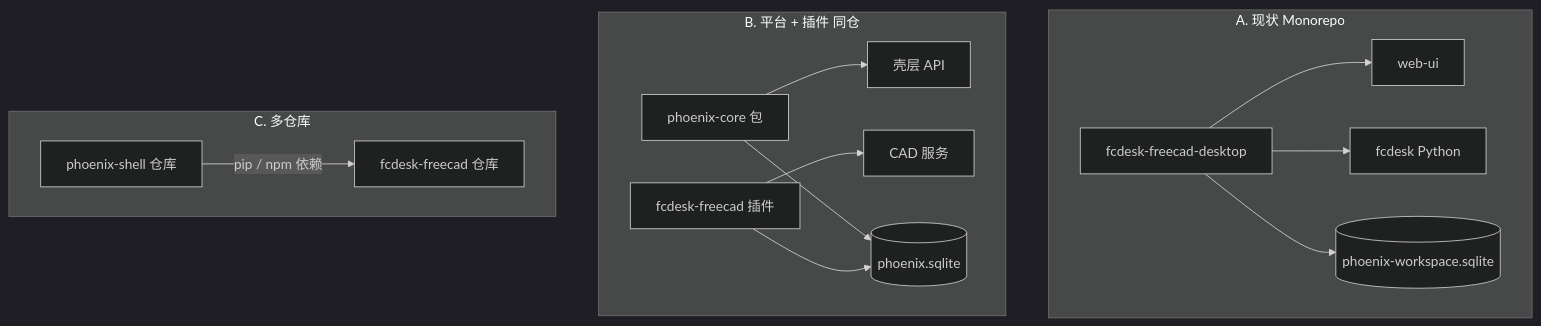
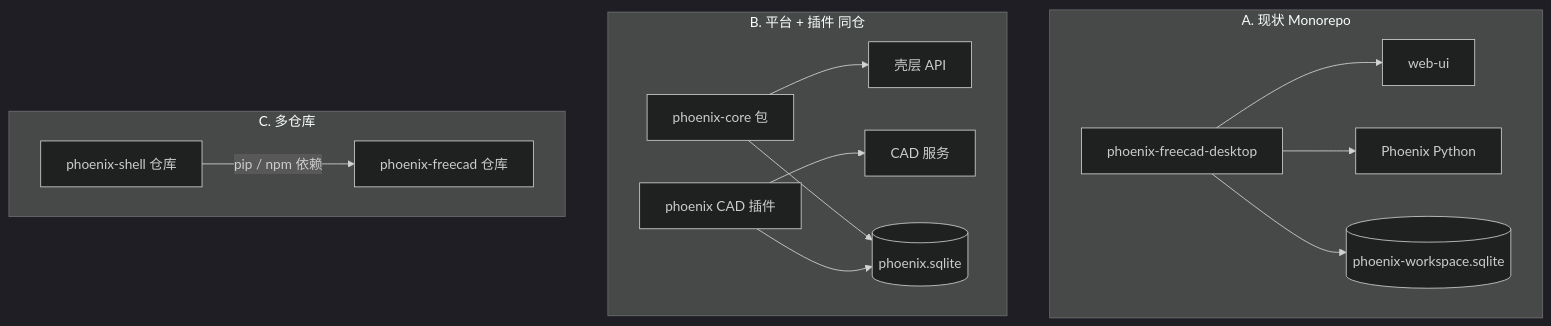
The first of 2 diagrams in doc/Phoenix平台-多应用壳层-规划讨论.md (phoenixwing-org/phoenix-desk-tools), drawn with Mermaid (dark theme) before and after one commit. The commit also changed other lines of this file and 281 other files, not shown here.

````diff
--- a/doc/Phoenix平台-多应用壳层-规划讨论.md
+++ b/doc/Phoenix平台-多应用壳层-规划讨论.md
@@ -28,24 +28,24 @@
 ```mermaid
 flowchart TB
   subgraph A [A. 现状 Monorepo]
-    FCD[fcdesk-freecad-desktop]
+    FCD[phoenix-freecad-desktop]
     FCD --> WEB[web-ui]
-    FCD --> PY[fcdesk Python]
+    FCD --> PY[Phoenix Python]
     FCD --> DB[(phoenix-workspace.sqlite)]
   end
 
   subgraph B [B. 平台 + 插件 同仓]
     CORE[phoenix-core 包]
-    PLG[fcdesk-freecad 插件]
+    PLG[phoenix CAD 插件]
     CORE --> SHELL[壳层 API]
     PLG --> CAD[CAD 服务]
     CORE --> DB2[(phoenix.sqlite)]
     PLG --> DB2
   end
 
   subgraph C [C. 多仓库]
     REPO1[phoenix-shell 仓库]
-    REPO2[fcdesk-freecad 仓库]
+    REPO2[phoenix-freecad 仓库]
     REPO1 -->|pip / npm 依赖| REPO2
   end
 ```
````
